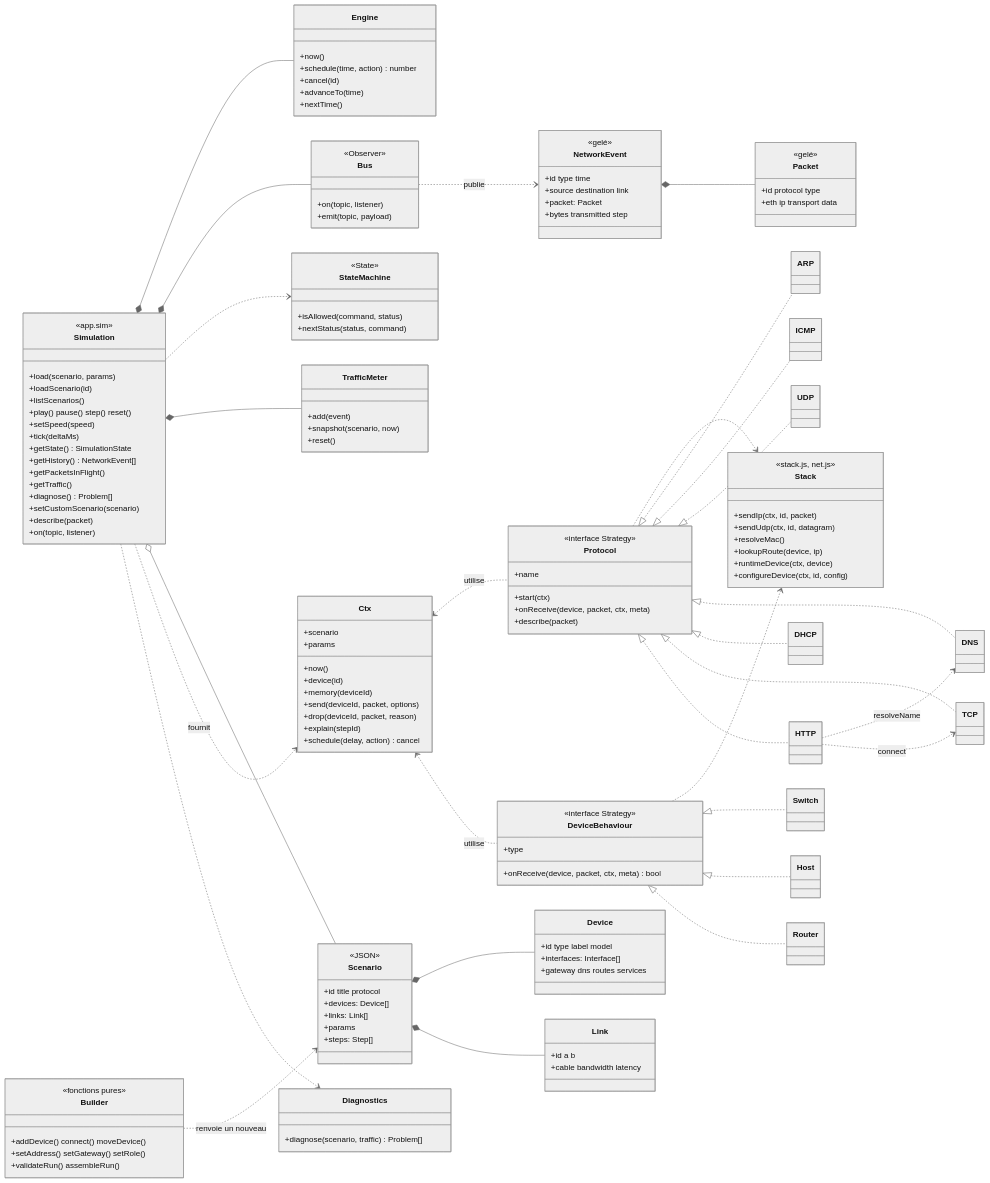
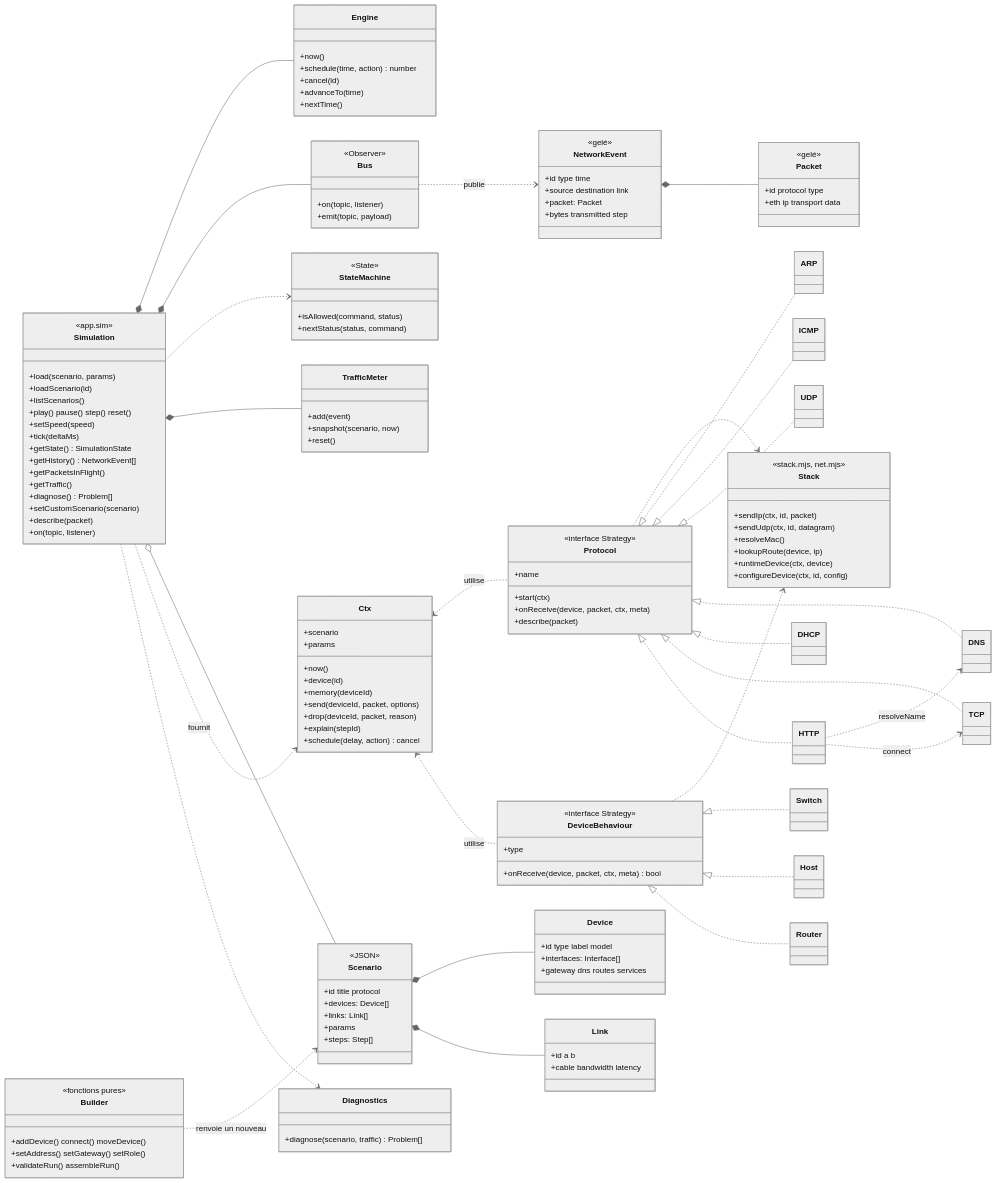
The fourth of 5 diagrams in docs/cahier-conceptuel.md (Bensabbehayoub/3D-network-topology), drawn with Mermaid (neutral theme) before and after one commit. The commit also changed other lines of this file and 133 other files, not shown here.

```diff
--- a/docs/cahier-conceptuel.md
+++ b/docs/cahier-conceptuel.md
@@ -227,7 +227,7 @@
       +onReceive(device, packet, ctx, meta) bool
     }
     class Stack {
-      <<stack.js, net.js>>
+      <<stack.mjs, net.mjs>>
       +sendIp(ctx, id, packet)
       +sendUdp(ctx, id, datagram)
       +resolveMac()
```
